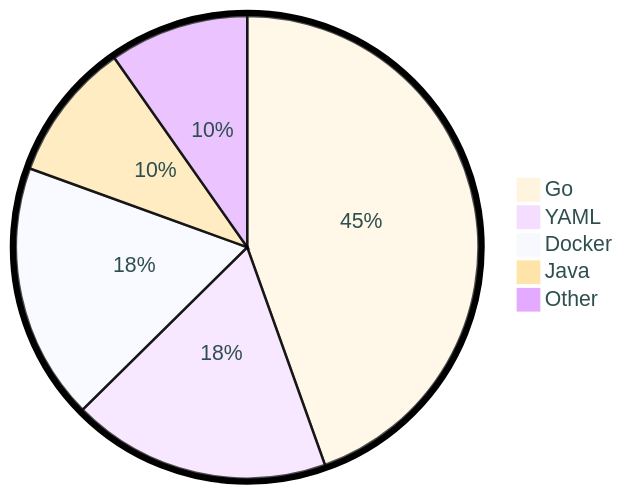
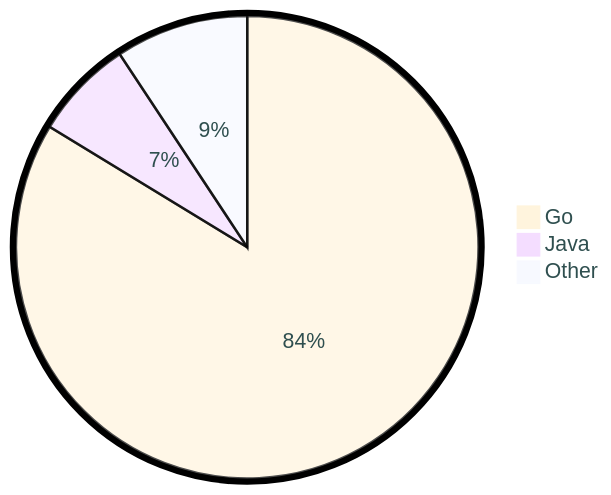
One commit to tot0p/tot0p changed the diagram in README.md. Above: the diagram before and after it, drawn with Mermaid. The commit also changed other lines of this file, not shown here.

````diff
--- a/README.md
+++ b/README.md
@@ -79,9 +78,7 @@
 ```mermaid
 %%{init: {"pie": {"textPosition": 0.5}, "themeVariables": {"pieOuterStrokeWidth": "5px","primaryTextColor" : "#2F4F4F"},"theme":"base"} }%%
 pie
-	"Go": 44.55
-	"YAML": 18.07
-	"Docker": 17.93
-	"Java": 9.73
-	"Other": 9.74
+	"Go": 83.71
+	"Java": 7.0
+	"Other": 9.289999999999997
 ```
````
